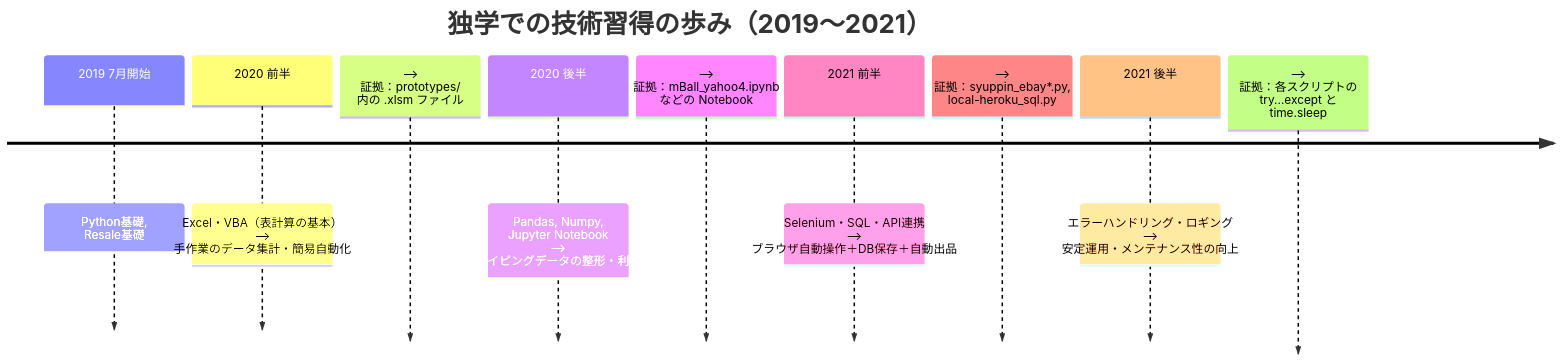
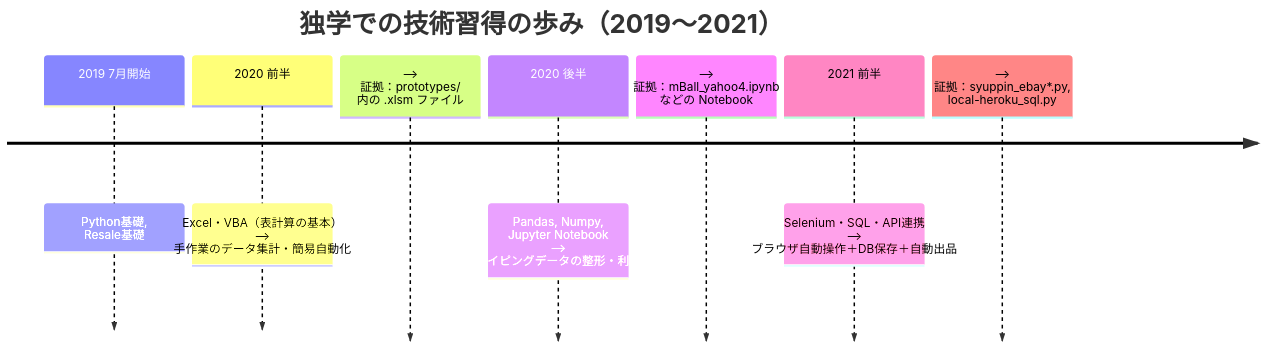
The second of 2 diagrams in README.md (0xkz1/resale-automation-archive), drawn with Mermaid before and after one commit. The commit also changed other lines of this file, not shown here.

Commit message:
Simplify Mermaid timelines: remove 2021 Q4 (error handling is basic Python)

````diff
--- a/README.md
+++ b/README.md
@@ -50,13 +48,11 @@
 ```mermaid
 timeline
     title 独学での技術習得の歩み（2019〜2021）
     2019 7月開始 : Python基礎, Resale基礎
     2020 前半 : Excel・VBA（表計算の基本） --> 手作業のデータ集計・簡易自動化
             --> 証拠：prototypes/ 内の .xlsm ファイル
     2020 後半 : Pandas, Numpy, Jupyter Notebook --> スクレイピングデータの整形・利益計算
             --> 証拠：mBall_yahoo4.ipynb などの Notebook
     2021 前半 : Selenium・SQL・API連携 --> ブラウザ自動操作＋DB保存＋自動出品
             --> 証拠：syuppin_ebay*.py, local-heroku_sql.py
-    2021 後半 : エラーハンドリング・ロギング --> 安定運用・メンテナンス性の向上
-            --> 証拠：各スクリプトの try...except と time.sleep
 ```
````
